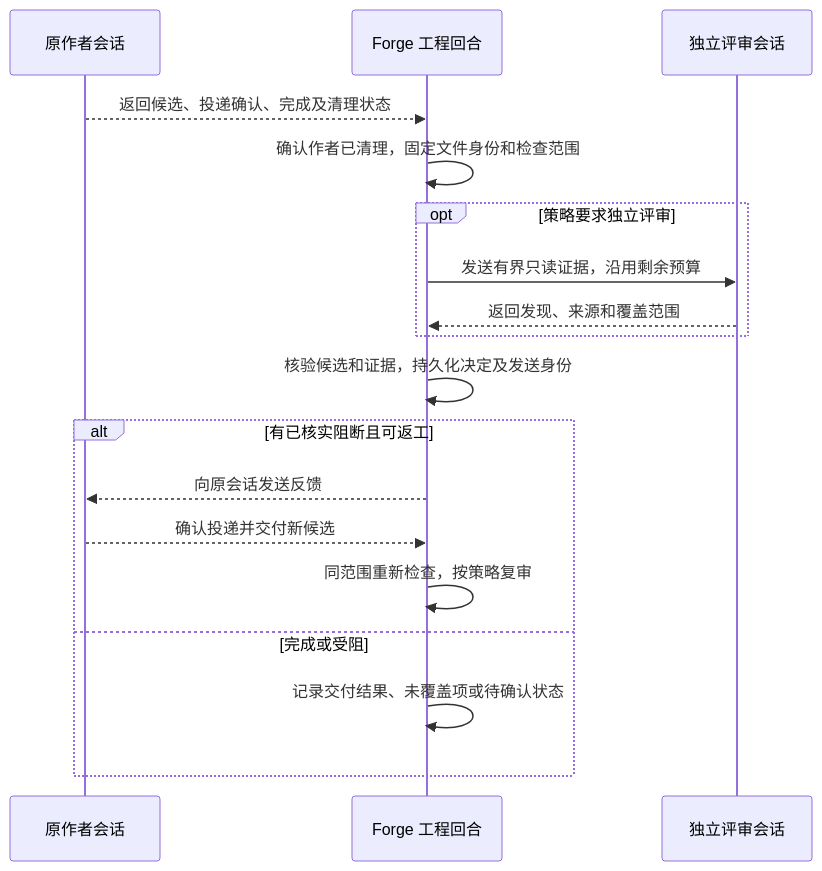
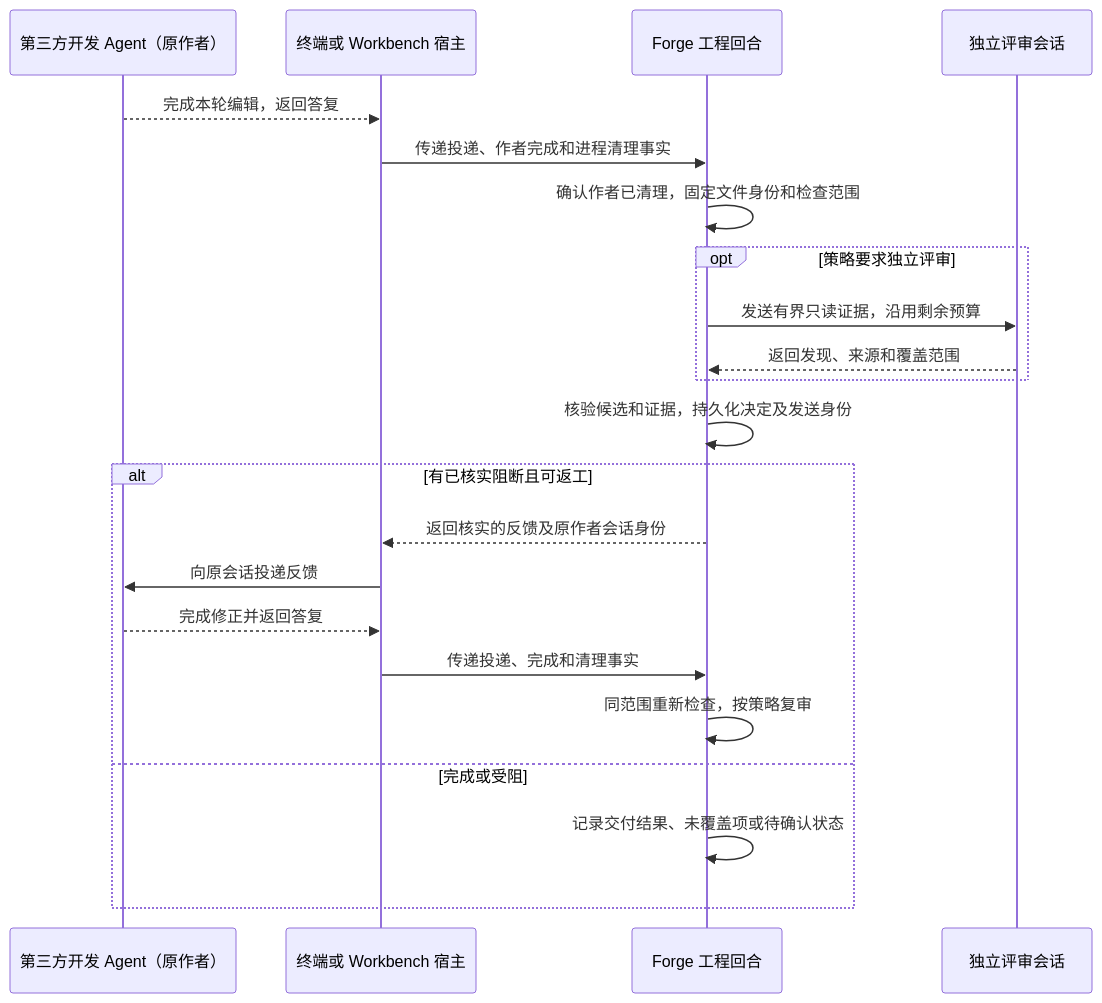
The fifth of 14 diagrams in docs/demiflow-architecture.md (vincent9299/demiflow), drawn with Mermaid before and after one commit. The commit also changed other lines of this file, not shown here.

Commit message:
Show the third-party coding agent as the Pipeline author

````diff
--- a/docs/demiflow-architecture.md
+++ b/docs/demiflow-architecture.md
@@ -179,20 +192,24 @@
 ```mermaid
 sequenceDiagram
-    participant A as 原作者会话
+    participant A as 第三方开发 Agent（原作者）
+    participant H as 终端或 Workbench 宿主
     participant F as Forge 工程回合
     participant R as 独立评审会话
-    A-->>F: 返回候选、投递确认、完成及清理状态
+    A-->>H: 完成本轮编辑，返回答复
+    H->>F: 传递投递、作者完成和进程清理事实
     F->>F: 确认作者已清理，固定文件身份和检查范围
     opt 策略要求独立评审
         F->>R: 发送有界只读证据，沿用剩余预算
         R-->>F: 返回发现、来源和覆盖范围
     end
     F->>F: 核验候选和证据，持久化决定及发送身份
     alt 有已核实阻断且可返工
-        F-->>A: 向原会话发送反馈
-        A-->>F: 确认投递并交付新候选
+        F-->>H: 返回核实的反馈及原作者会话身份
+        H->>A: 向原会话投递反馈
+        A-->>H: 完成修正并返回答复
+        H->>F: 传递投递、完成和清理事实
         F->>F: 同范围重新检查，按策略复审
     else 完成或受阻
         F->>F: 记录交付结果、未覆盖项或待确认状态
     end
 ```
````
